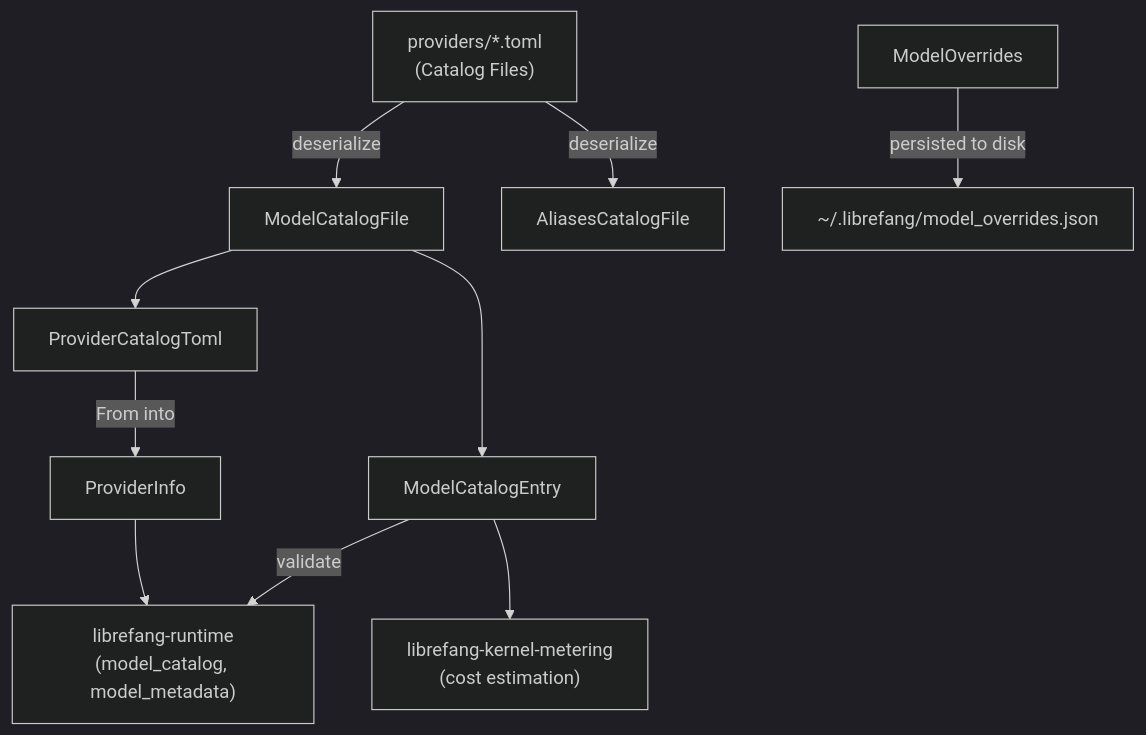
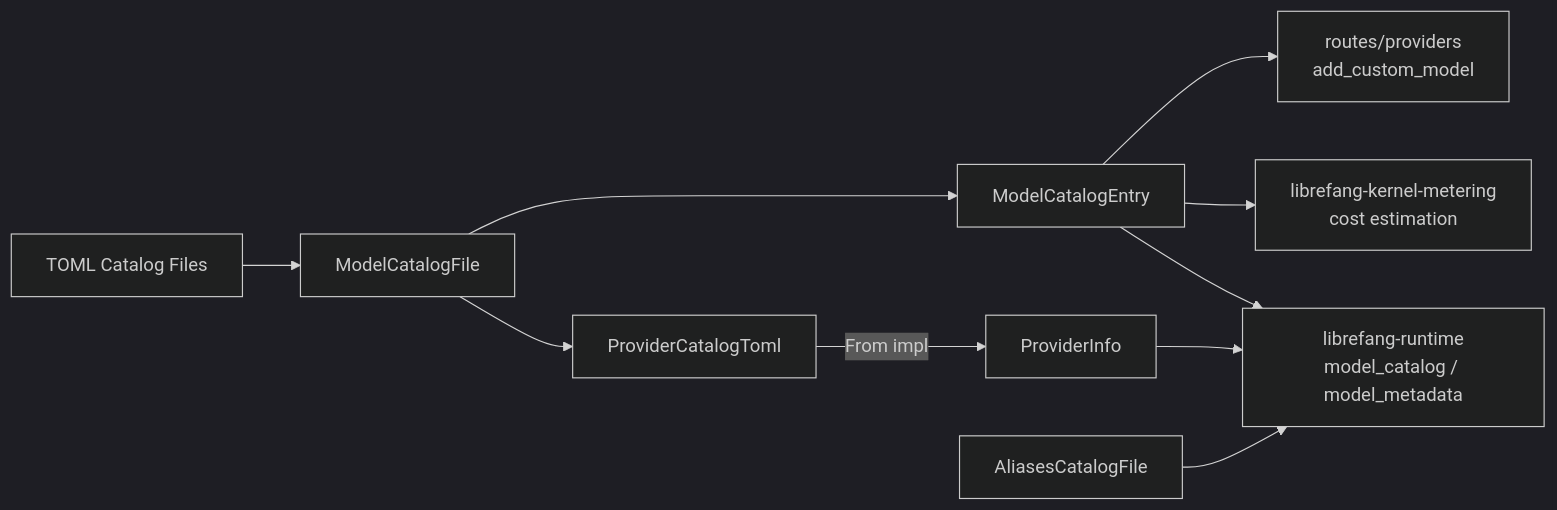
One commit to leszek3737/librefang-WIki changed the diagram in other-librefang-types-src.md. Above: the diagram before and after it, drawn with Mermaid (dark theme). The commit also changed other lines of this file and 99 other files, not shown here.

````diff
--- a/other-librefang-types-src.md
+++ b/other-librefang-types-src.md
@@ -9,12 +9,12 @@
 ```mermaid
-graph TD
-    TOML["providers/*.toml<br/>(Catalog Files)"] -->|deserialize| MCF[ModelCatalogFile]
-    TOML -->|deserialize| ACF[AliasesCatalogFile]
+graph LR
+    TOML["TOML Catalog Files"] --> MCF[ModelCatalogFile]
     MCF --> PCT[ProviderCatalogToml]
     MCF --> MCE[ModelCatalogEntry]
-    PCT -->|From into| PI[ProviderInfo]
-    MCE -->|validate| Runtime["librefang-runtime<br/>(model_catalog, model_metadata)"]
-    PI --> Runtime
-    MCE --> Metering["librefang-kernel-metering<br/>(cost estimation)"]
-    MO[ModelOverrides] -->|persisted to disk| Disk["~/.librefang/model_overrides.json"]
+    PCT -->|From impl| PI[ProviderInfo]
+    PI --> Runtime["librefang-runtime<br/>model_catalog / model_metadata"]
+    MCE --> Runtime
+    MCE --> Metering["librefang-kernel-metering<br/>cost estimation"]
+    MCE --> Dashboard["routes/providers<br/>add_custom_model"]
+    ACF[AliasesCatalogFile] --> Runtime
 ```
````
